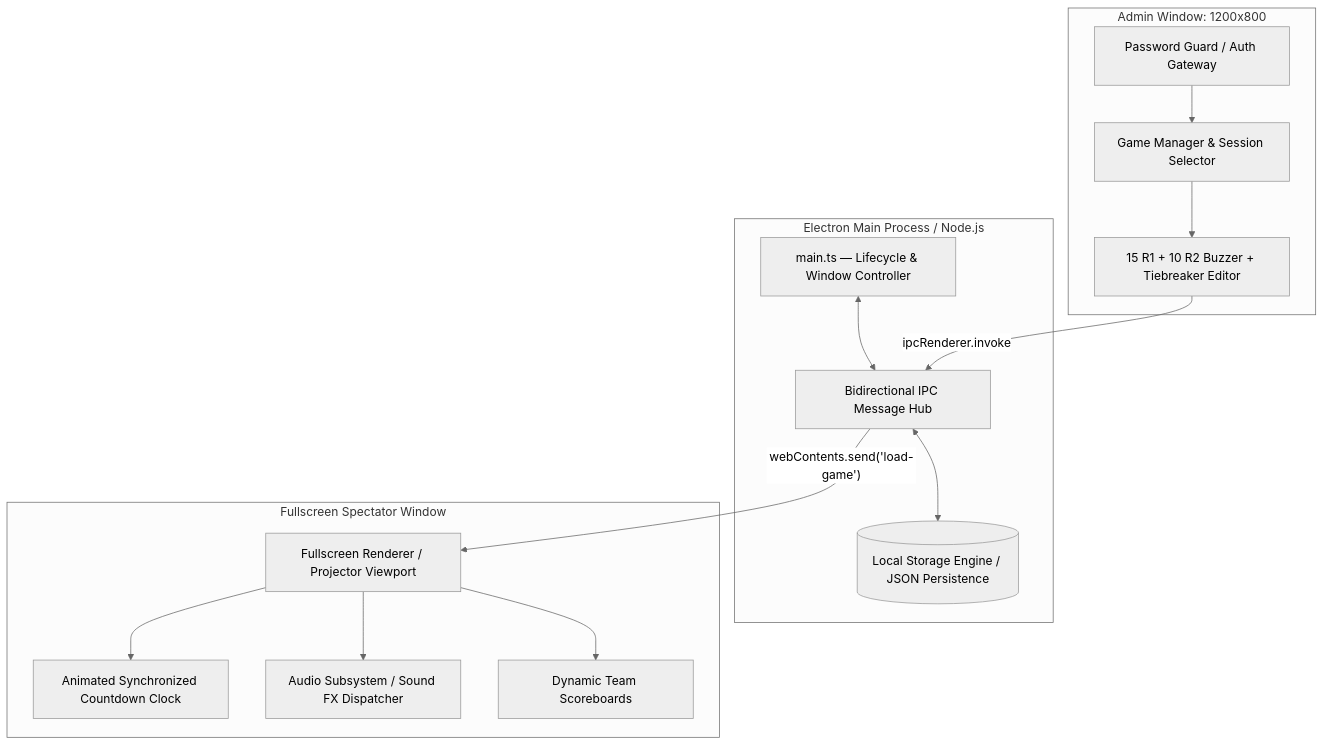
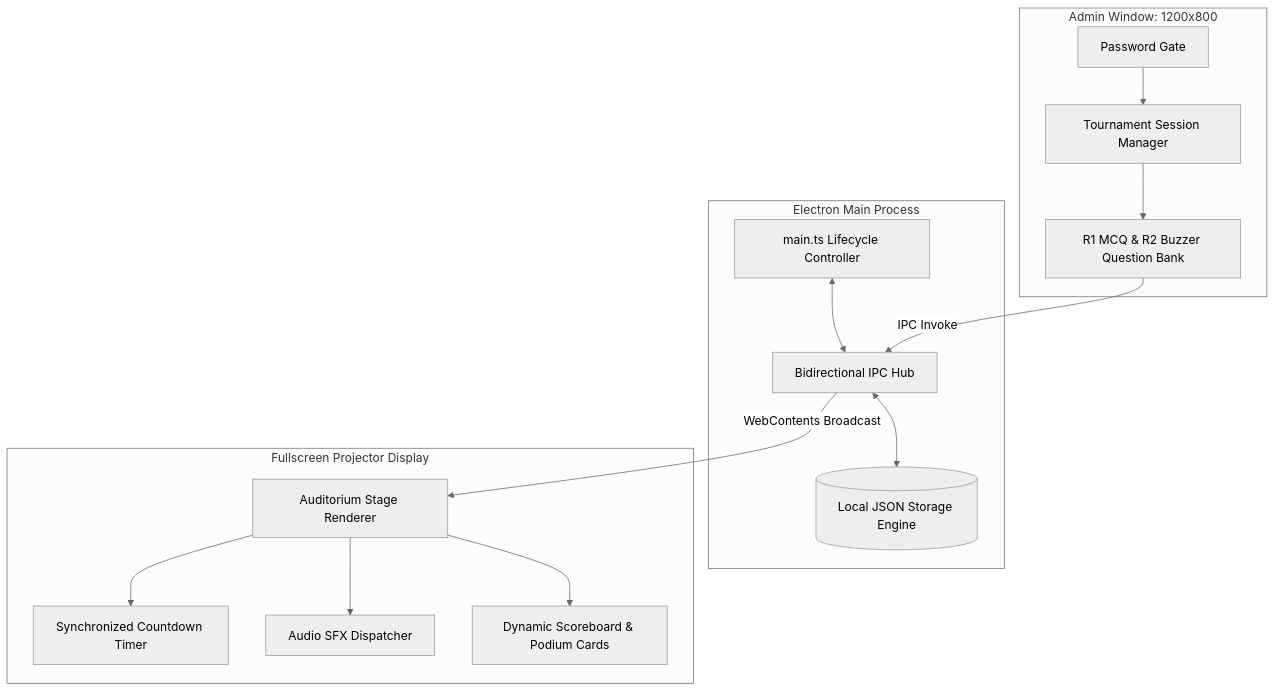
Before and after one commit to MuhammadRayyan08/grip-league: the diagram in README.md, drawn with Mermaid (neutral theme). The commit also changed other lines of this file, not shown here.

Commit message:
Streamline README: remove icons and condense architecture overview

````diff
--- a/README.md
+++ b/README.md
@@ -16,30 +21,30 @@
 ```mermaid
 flowchart TD
-    subgraph Main Process [Electron Main Process / Node.js]
-        MP[main.ts — Lifecycle & Window Controller]
-        STORE[(Local Storage Engine / JSON Persistence)]
-        IPC[Bidirectional IPC Message Hub]
+    subgraph Main Process [Electron Main Process]
+        MP[main.ts Lifecycle Controller]
+        STORE[(Local JSON Storage Engine)]
+        IPC[Bidirectional IPC Hub]
         MP <--> IPC
         IPC <--> STORE
     end
 
     subgraph Operator Console [Admin Window: 1200x800]
-        AUTH[Password Guard / Auth Gateway]
-        DASH[Game Manager & Session Selector]
-        EDITOR[15 R1 + 10 R2 Buzzer + Tiebreaker Editor]
+        AUTH[Password Gate]
+        DASH[Tournament Session Manager]
+        EDITOR[R1 MCQ & R2 Buzzer Question Bank]
         AUTH --> DASH --> EDITOR
     end
 
-    subgraph Stage Display [Fullscreen Spectator Window]
-        STAGE[Fullscreen Renderer / Projector Viewport]
-        TIMER[Animated Synchronized Countdown Clock]
-        AUDIO[Audio Subsystem / Sound FX Dispatcher]
-        PODIUM[Dynamic Team Scoreboards]
+    subgraph Stage Display [Fullscreen Projector Display]
+        STAGE[Auditorium Stage Renderer]
+        TIMER[Synchronized Countdown Timer]
+        AUDIO[Audio SFX Dispatcher]
+        PODIUM[Dynamic Scoreboard & Podium Cards]
         STAGE --> TIMER
         STAGE --> AUDIO
         STAGE --> PODIUM
     end
 
-    EDITOR -- ipcRenderer.invoke --> IPC
-    IPC -- webContents.send('load-game') --> STAGE
+    EDITOR -- IPC Invoke --> IPC
+    IPC -- WebContents Broadcast --> STAGE
 ```
````
